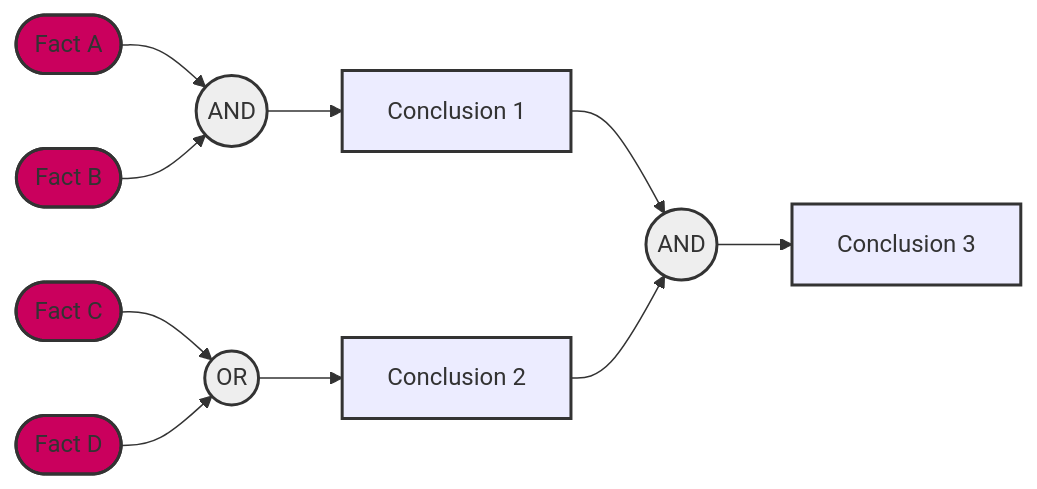
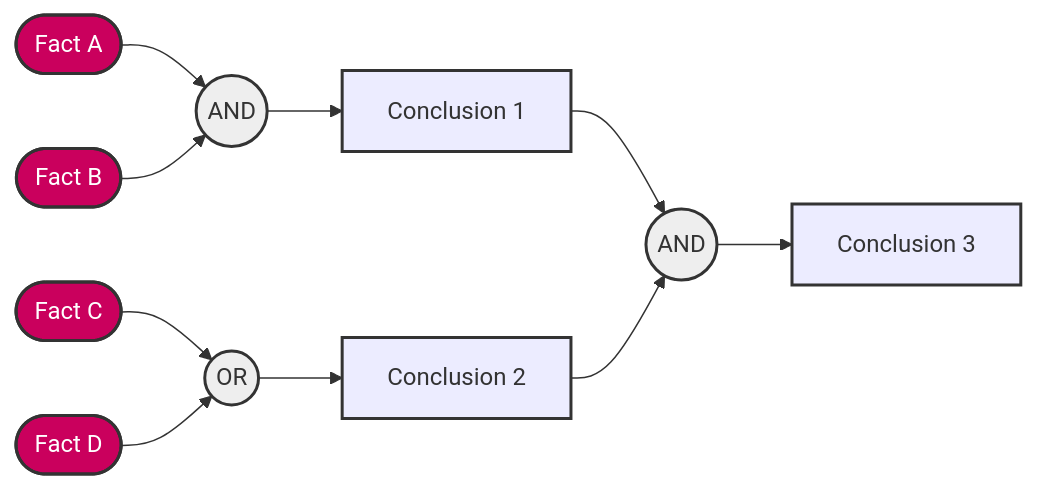
The sixth of 7 diagrams in octopoes/docs/diagrams.md (minvws/nl-kat-coordination), drawn with Mermaid before and after one commit.

Commit message:
docs(octopoes): diagrams

````diff
--- a/octopoes/docs/diagrams.md
+++ b/octopoes/docs/diagrams.md
@@ -106,30 +106,30 @@
 ```mermaid
 flowchart LR
 
     A(["Fact A"])
     B(["Fact B"])
     C(["Fact C"])
     D(["Fact D"])
     
     C1["Conclusion 1"]
     C2["Conclusion 2"]
     C3["Conclusion 3"]
     
     O1(("AND"))
     O2(("OR"))
     O3(("AND"))
     
     A --> O1 --> C1 --> O3 --> C3
     B --> O1
     
     C --> O2 --> C2 --> O3
     D --> O2
     
-    classDef fact fill:#ca005d,stroke:#333,stroke-width:2px;
+    classDef fact fill:#ca005d,stroke:#333,color:white,stroke-width:2px;
     classDef conclusion #154273:#eee,stroke:#333,stroke-width:2px;
     classDef operator fill:#eee,stroke:#333,stroke-width:2px;
     class A,B,C,D fact
     class C1,C2,C3 conclusion
     class O1,O2,O3 operator
     
 ```
````
